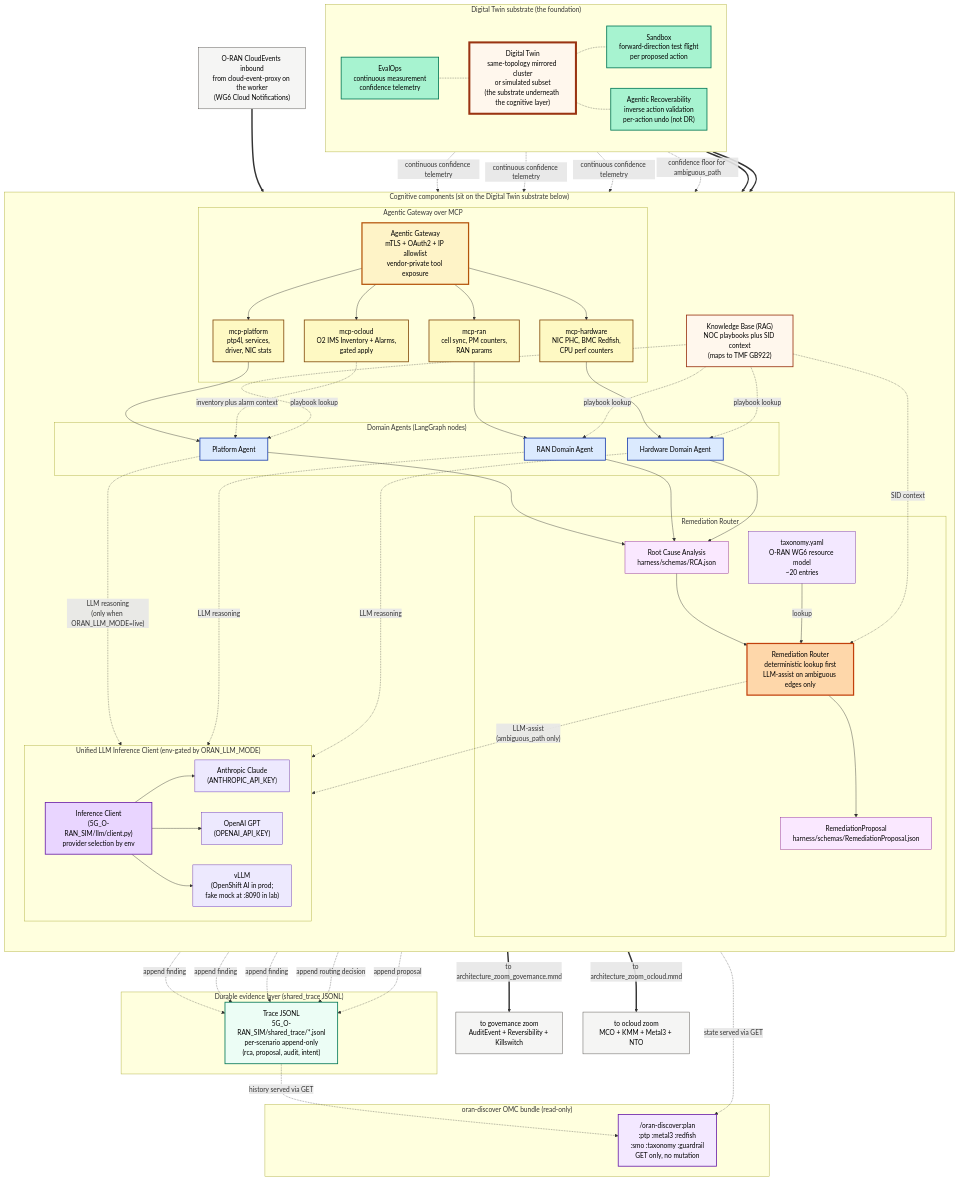
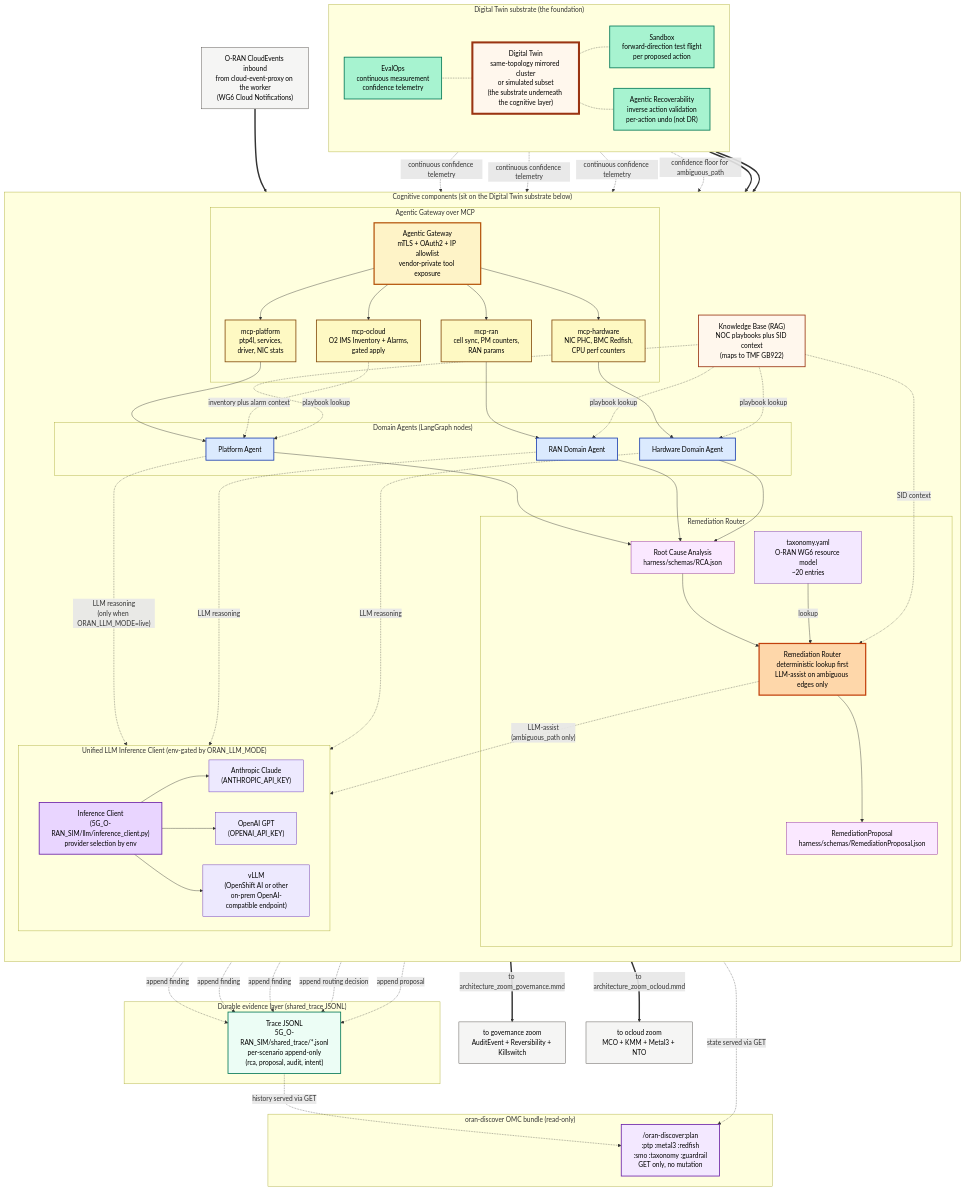
One commit to dkypuros/oran-agent-harness changed the diagram in talk/architecture_zoom_cognitive.mmd. Above: the diagram before and after it, drawn with Mermaid. The commit also changed 73 other files, not shown here.

```diff
--- a/talk/architecture_zoom_cognitive.mmd
+++ b/talk/architecture_zoom_cognitive.mmd
@@ -1,135 +1,135 @@
 %% architecture_zoom_cognitive.mmd v2
 %% v2 changes vs v1:
 %%   replaced generic LiteLLM node with Unified LLM Inference Client showing the three
-%%     providers actually wired in the bench: Anthropic Claude, OpenAI GPT, fake vLLM mock
-%%     (OpenShift AI in production)
+%%     providers supported by the bench: Anthropic Claude, OpenAI GPT, and
+%%     OpenAI-compatible vLLM such as Red Hat OpenShift AI
 %%   added ORAN_LLM_MODE env gate annotation (live vs default heuristic fallback)
 %%   added Trace JSONL persistence as durable output stream from Router and Agents
 %%   added oran-discover OMC bundle as parallel read-only observability surface
 %% Companion: trust_loop.md, architecture_narrative.md sections 2 and 4
 
 flowchart TB
 
     Inbound["O-RAN CloudEvents inbound<br/>from cloud-event-proxy on the worker<br/>(WG6 Cloud Notifications)"]:::external
 
     subgraph Cognitive["Cognitive components (sit on the Digital Twin substrate below)"]
         direction TB
 
         subgraph AgenticGateway["Agentic Gateway over MCP"]
             Gateway["Agentic Gateway<br/>mTLS + OAuth2 + IP allowlist<br/>vendor-private tool exposure"]:::gateway
             McpPlat["mcp-platform<br/>ptp4l, services,<br/>driver, NIC stats"]:::mcp
             McpRan["mcp-ran<br/>cell sync, PM counters,<br/>RAN params"]:::mcp
             McpHw["mcp-hardware<br/>NIC PHC, BMC Redfish,<br/>CPU perf counters"]:::mcp
             McpOcloud["mcp-ocloud<br/>O2 IMS Inventory + Alarms,<br/>gated apply"]:::mcp
             Gateway --> McpPlat
             Gateway --> McpRan
             Gateway --> McpHw
             Gateway --> McpOcloud
         end
 
         subgraph DomainAgents["Domain Agents (LangGraph nodes)"]
             PlatA["Platform Agent"]:::agent
             RanA["RAN Domain Agent"]:::agent
             HwA["Hardware Domain Agent"]:::agent
         end
 
         KB["Knowledge Base (RAG)<br/>NOC playbooks plus SID context<br/>(maps to TMF GB922)"]:::kb
 
         subgraph RemediationRouterSection["Remediation Router"]
             RCA["Root Cause Analysis<br/>harness/schemas/RCA.json"]:::artifact
             Taxonomy["taxonomy.yaml<br/>O-RAN WG6 resource model<br/>~20 entries"]:::config
             Router["Remediation Router<br/>deterministic lookup first<br/>LLM-assist on ambiguous edges only"]:::router
             Proposal["RemediationProposal<br/>harness/schemas/RemediationProposal.json"]:::artifact
             RCA --> Router
             Taxonomy -- "lookup" --> Router
             Router --> Proposal
         end
 
         subgraph LlmClient["Unified LLM Inference Client (env-gated by ORAN_LLM_MODE)"]
             direction LR
-            ClientCore["Inference Client<br/>(5G_O-RAN_SIM/llm/client.py)<br/>provider selection by env"]:::llm
+            ClientCore["Inference Client<br/>(5G_O-RAN_SIM/llm/inference_client.py)<br/>provider selection by env"]:::llm
             Anthropic["Anthropic Claude<br/>(ANTHROPIC_API_KEY)"]:::llmBackend
             OpenAI["OpenAI GPT<br/>(OPENAI_API_KEY)"]:::llmBackend
-            VLLM["vLLM<br/>(OpenShift AI in prod;<br/>fake mock at :8090 in lab)"]:::llmBackend
+            VLLM["vLLM<br/>(OpenShift AI or other<br/>on-prem OpenAI-compatible endpoint)"]:::llmBackend
             ClientCore --> Anthropic
             ClientCore --> OpenAI
             ClientCore --> VLLM
         end
 
         McpPlat --> PlatA
         McpRan --> RanA
         McpHw --> HwA
         McpOcloud -. "inventory plus alarm context" .-> PlatA
         PlatA --> RCA
         RanA --> RCA
         HwA --> RCA
         KB -. "playbook lookup" .-> PlatA
         KB -. "playbook lookup" .-> RanA
         KB -. "playbook lookup" .-> HwA
         KB -. "SID context" .-> Router
         PlatA -. "LLM reasoning<br/>(only when ORAN_LLM_MODE=live)" .-> ClientCore
         RanA -. "LLM reasoning" .-> ClientCore
         HwA -. "LLM reasoning" .-> ClientCore
         Router -. "LLM-assist<br/>(ambiguous_path only)" .-> ClientCore
     end
 
     subgraph TwinSubstrate["Digital Twin substrate (the foundation)"]
         direction LR
         EvalOps["EvalOps<br/>continuous measurement<br/>confidence telemetry"]:::activity
         Twin["Digital Twin<br/>same-topology mirrored cluster<br/>or simulated subset<br/>(the substrate underneath the cognitive layer)"]:::twin
         Sandbox["Sandbox<br/>forward-direction test flight<br/>per proposed action"]:::activity
         Recoverability["Agentic Recoverability<br/>inverse action validation<br/>per-action undo (not DR)"]:::activity
         EvalOps -.- Twin
         Twin -.- Sandbox
         Twin -.- Recoverability
     end
 
     subgraph Persistence["Durable evidence layer (shared_trace JSONL)"]
         Trace["Trace JSONL<br/>5G_O-RAN_SIM/shared_trace/*.jsonl<br/>per-scenario append-only<br/>(rca, proposal, audit, intent)"]:::trace
     end
 
     subgraph DiscoverBundle["oran-discover OMC bundle (read-only)"]
         Discover["/oran-discover:plan<br/>:ptp :metal3 :redfish<br/>:smo :taxonomy :guardrail<br/>GET only, no mutation"]:::discover
     end
 
     Inbound ==> Gateway
 
     %% EvalOps continuous loops up to agents and Router
     EvalOps -. "continuous confidence telemetry" .-> PlatA
     EvalOps -. "continuous confidence telemetry" .-> RanA
     EvalOps -. "continuous confidence telemetry" .-> HwA
     EvalOps -. "confidence floor for ambiguous_path" .-> Router
 
     %% Sandbox and Recoverability inform the Proposal
     Sandbox ==> Proposal
     Recoverability ==> Proposal
 
     %% Trace persistence captures every cognitive output
     PlatA -. "append finding" .-> Trace
     RanA -. "append finding" .-> Trace
     HwA -. "append finding" .-> Trace
     Router -. "append routing decision" .-> Trace
     Proposal -. "append proposal" .-> Trace
 
     %% oran-discover reads (no writes); arrows show data-flow direction
     Trace -. "history served via GET" .-> Discover
     Gateway -. "state served via GET" .-> Discover
 
     %% Proposal flows outward to the other zooms
     Proposal == "to architecture_zoom_governance.mmd" ==> OutGov["to governance zoom<br/>AuditEvent + Reversibility + Killswitch"]:::external
     Proposal == "to architecture_zoom_ocloud.mmd" ==> OutOcloud["to ocloud zoom<br/>MCO + KMM + Metal3 + NTO"]:::external
 
     classDef external fill:#f5f5f4,stroke:#44403c,color:#000
     classDef gateway fill:#fef3c7,stroke:#b45309,color:#000,stroke-width:3px
     classDef mcp fill:#fef9c3,stroke:#854d0e,color:#000,stroke-width:2px
     classDef agent fill:#dbeafe,stroke:#1e40af,color:#000,stroke-width:2px
     classDef router fill:#fed7aa,stroke:#c2410c,color:#000,stroke-width:3px
     classDef artifact fill:#fae8ff,stroke:#86198f,color:#000
     classDef config fill:#f3e8ff,stroke:#6b21a8,color:#000
     classDef kb fill:#fff7ed,stroke:#9a3412,color:#000,stroke-width:2px
     classDef llm fill:#e9d5ff,stroke:#6b21a8,color:#000,stroke-width:2px
     classDef llmBackend fill:#ede9fe,stroke:#5b21b6,color:#000
     classDef twin fill:#fff7ed,stroke:#9a3412,color:#000,stroke-width:5px
     classDef activity fill:#a7f3d0,stroke:#047857,color:#000,stroke-width:2px
     classDef trace fill:#ecfdf5,stroke:#047857,color:#000,stroke-width:2px
     classDef discover fill:#f3e8ff,stroke:#6b21a8,color:#000,stroke-width:2px
```
